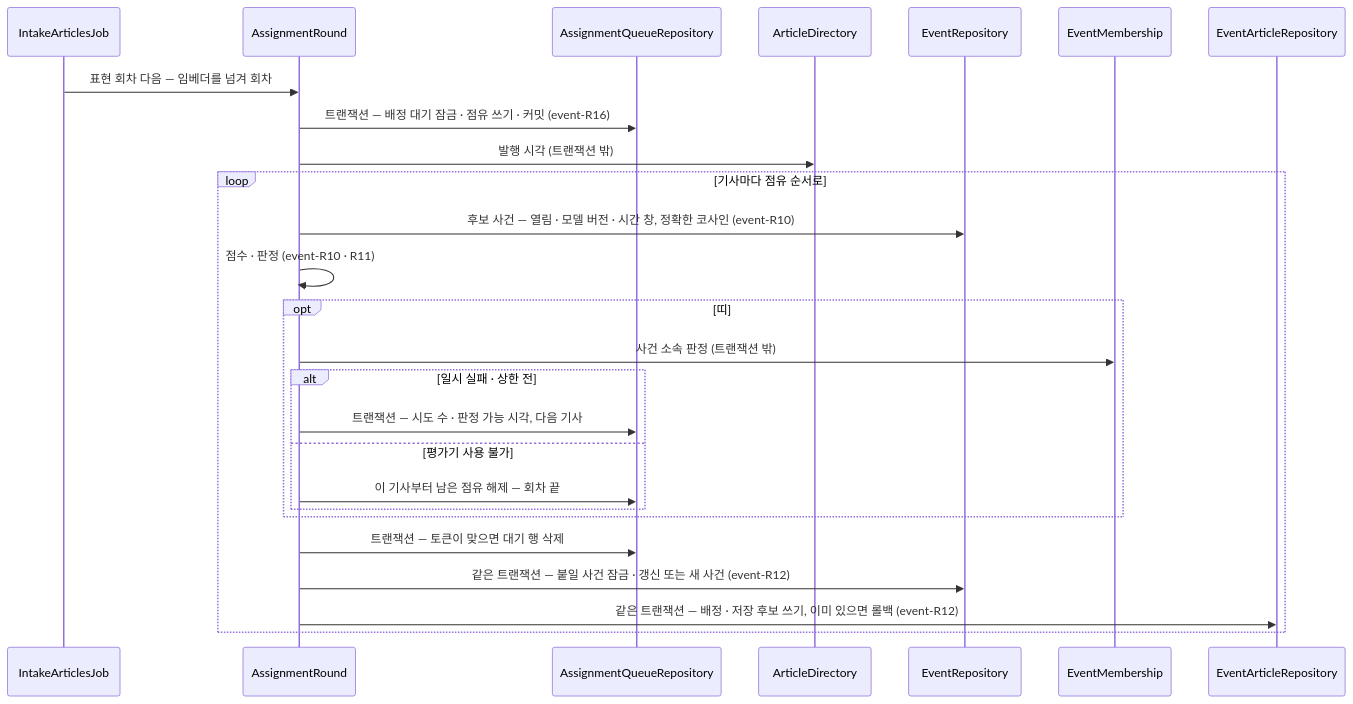
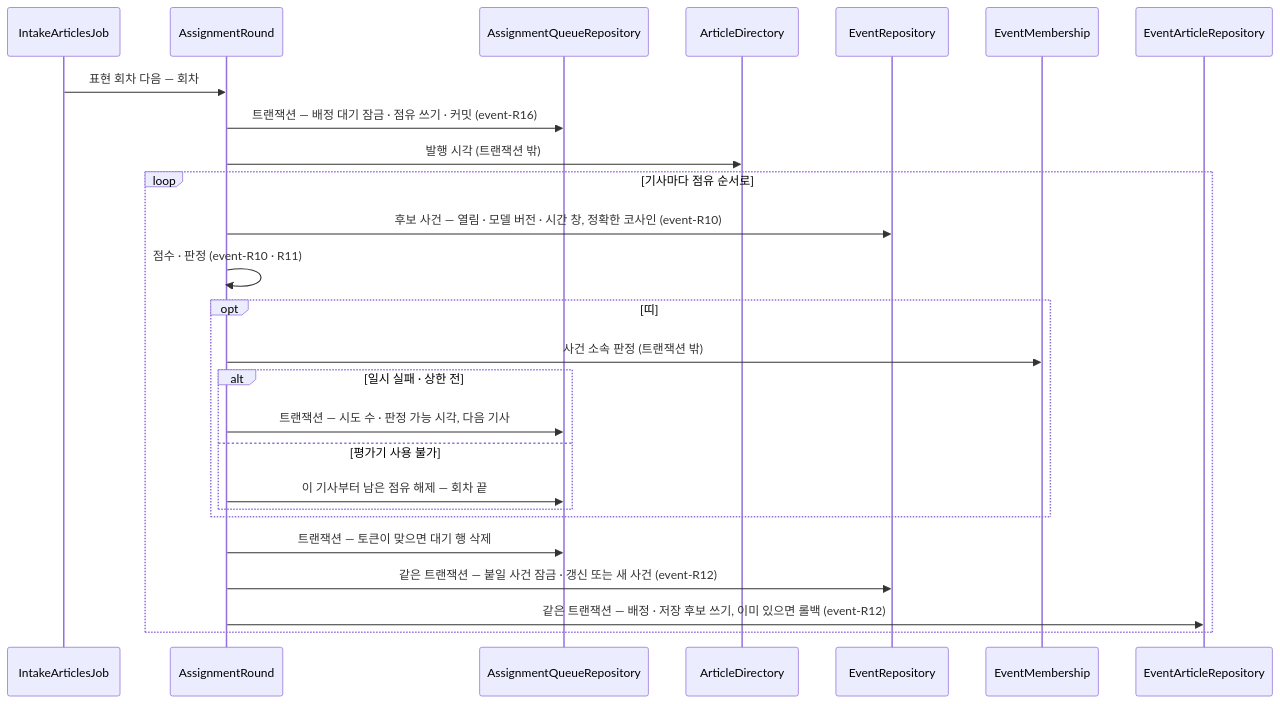
One commit to Theia0382/yozm-news changed the second of 3 diagrams in docs/specs/event.md. Above: the diagram before and after it, drawn with Mermaid. The commit also changed other lines of this file and 10 other files, not shown here.

````diff
--- a/docs/specs/event.md
+++ b/docs/specs/event.md
@@ -378,29 +375,29 @@
 ```mermaid
 sequenceDiagram
     participant J as IntakeArticlesJob
     participant R as AssignmentRound
     participant Q as AssignmentQueueRepository
     participant A as ArticleDirectory
     participant V as EventRepository
     participant M as EventMembership
     participant B as EventArticleRepository
 
-    J->>R: 표현 회차 다음 — 임베더를 넘겨 회차
+    J->>R: 표현 회차 다음 — 회차
     R->>Q: 트랜잭션 — 배정 대기 잠금 · 점유 쓰기 · 커밋 (event-R16)
     R->>A: 발행 시각 (트랜잭션 밖)
     loop 기사마다 점유 순서로
         R->>V: 후보 사건 — 열림 · 모델 버전 · 시간 창, 정확한 코사인 (event-R10)
         R->>R: 점수 · 판정 (event-R10 · R11)
         opt 띠
             R->>M: 사건 소속 판정 (트랜잭션 밖)
             alt 일시 실패 · 상한 전
                 R->>Q: 트랜잭션 — 시도 수 · 판정 가능 시각, 다음 기사
             else 평가기 사용 불가
                 R->>Q: 이 기사부터 남은 점유 해제 — 회차 끝
             end
         end
         R->>Q: 트랜잭션 — 토큰이 맞으면 대기 행 삭제
         R->>V: 같은 트랜잭션 — 붙일 사건 잠금 · 갱신 또는 새 사건 (event-R12)
         R->>B: 같은 트랜잭션 — 배정 · 저장 후보 쓰기, 이미 있으면 롤백 (event-R12)
     end
 ```
````
